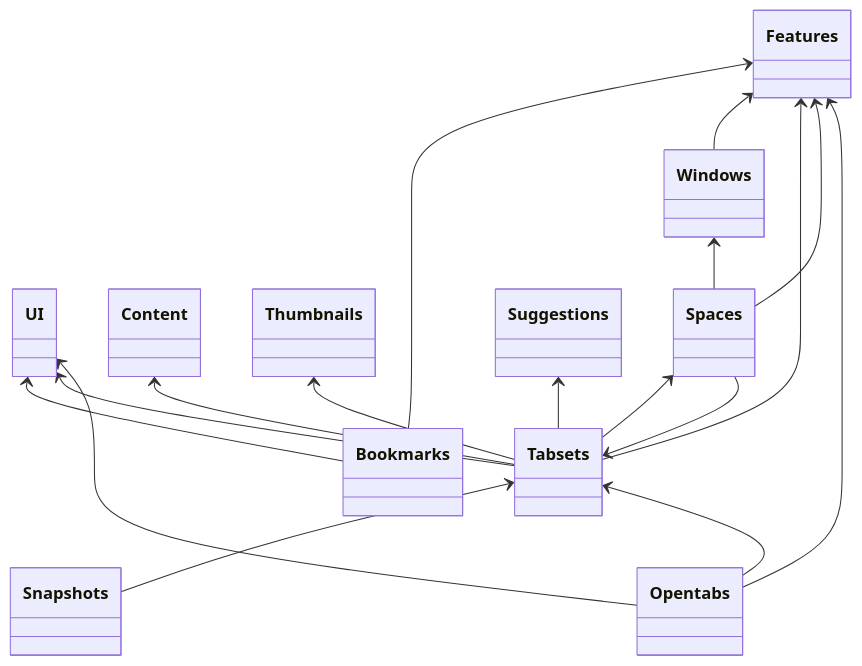
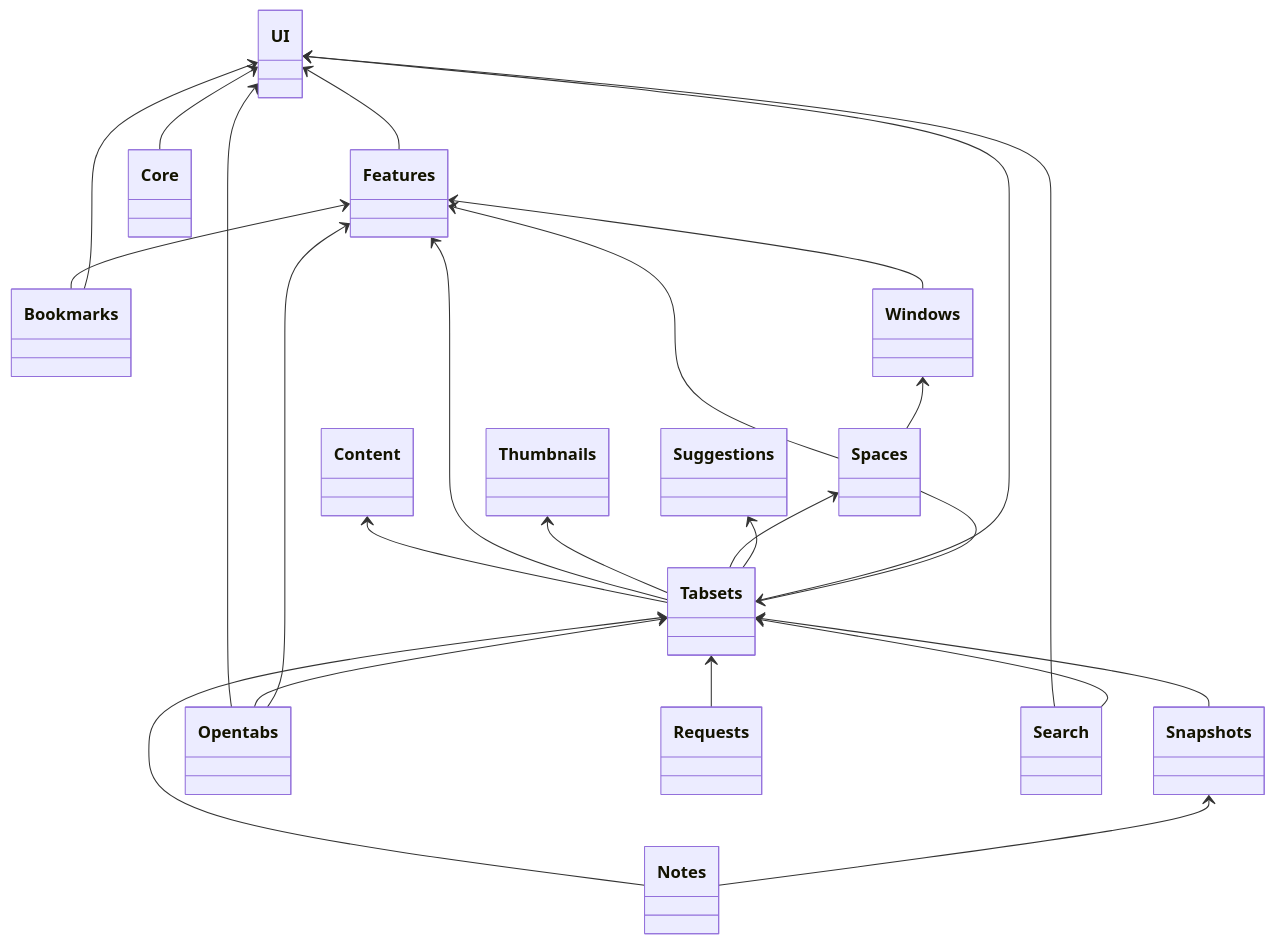
Before and after one commit to evandor/tabsets: the diagram in docs/submodules/index.md, drawn with Mermaid. The commit also changed 28 other files, not shown here.

````diff
--- a/docs/submodules/index.md
+++ b/docs/submodules/index.md
@@ -14,37 +14,46 @@
 ```mermaid
 classDiagram
-%%  Core <-- Features
+  UI <-- Features
 
   Features <-- Bookmarks
   UI <-- Bookmarks
+
+  UI <-- Core
 
   Features <-- Windows
 %%  Tabsets <-- Windows
 
 %%  Windows <-- Thumbnails
 
   Content <-- Tabsets
   Features <-- Tabsets
   Thumbnails <-- Tabsets
 %%  Search <-- Tabsets
   Spaces <-- Tabsets
   Suggestions <-- Tabsets
 %%  Bookmarks <-- Tabsets
   UI <-- Tabsets
 
   Features <-- Spaces
   Windows <-- Spaces
   Tabsets <-- Spaces
 
 %%  Bookmarks <-- Search
 
 %%  Search <-- Content
 
   Tabsets <-- Snapshots
 
   UI <-- Opentabs
   Tabsets <-- Opentabs
   Features <-- Opentabs
 
+  Tabsets <-- Notes
+  Snapshots <-- Notes
+
+  Tabsets <-- Requests
+
+  UI <-- Search
+  Tabsets <-- Search
 
 ```
````
